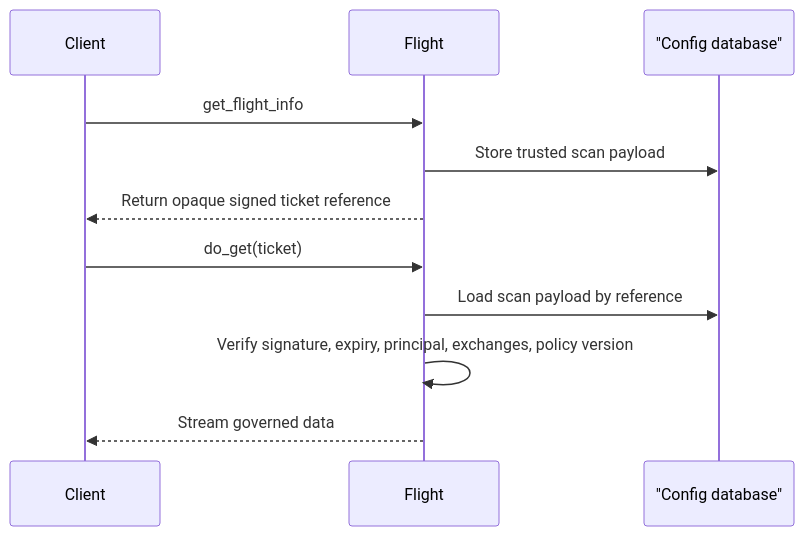
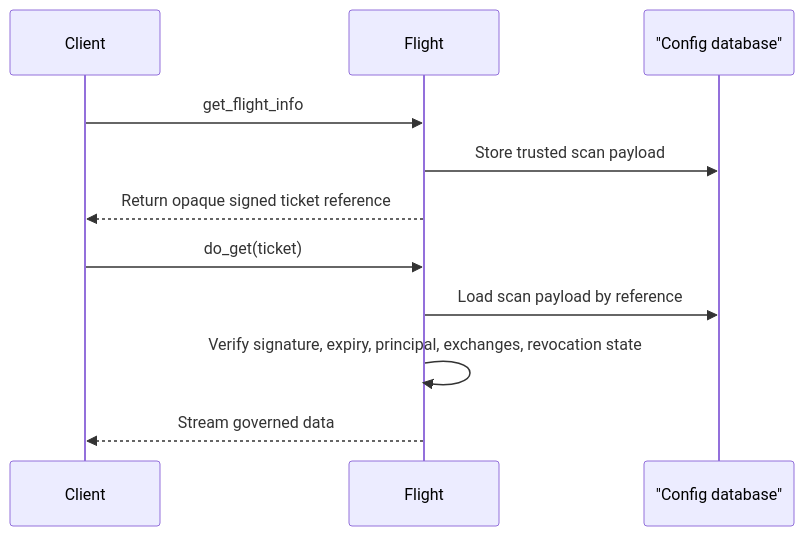
Before and after one commit to snithish/dal-obscura: the second of 3 diagrams in docs/security.md, drawn with Mermaid. The commit also changed other lines of this file and 174 other files, not shown here.

````diff
--- a/docs/security.md
+++ b/docs/security.md
@@ -61,14 +63,14 @@
 ```mermaid
 sequenceDiagram
     participant Client
     participant Flight
     participant Store as "Config database"
 
     Client->>Flight: get_flight_info
     Flight->>Store: Store trusted scan payload
     Flight-->>Client: Return opaque signed ticket reference
     Client->>Flight: do_get(ticket)
     Flight->>Store: Load scan payload by reference
-    Flight->>Flight: Verify signature, expiry, principal, exchanges, policy version
+    Flight->>Flight: Verify signature, expiry, principal, exchanges, revocation state
     Flight-->>Client: Stream governed data
 ```
````
